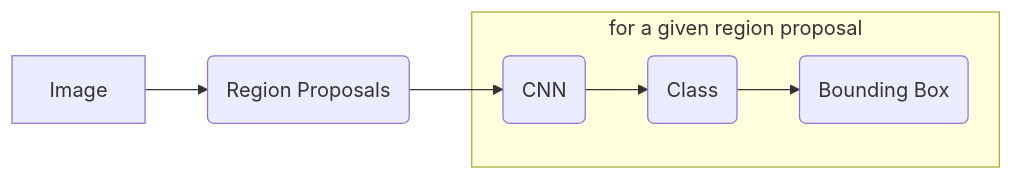
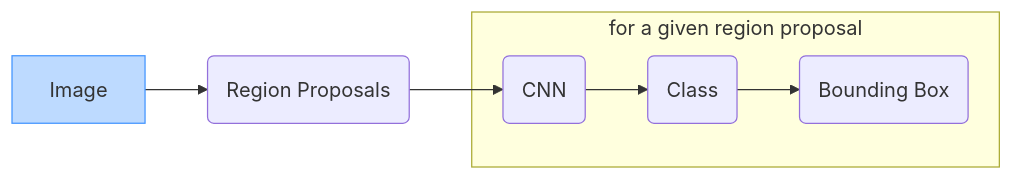
Before and after one commit to rzadp/badminton-monorepo: the diagram in thesis/chapters/podejscie/mask_r-cnn/r-cnn.mmd, drawn with Mermaid. The commit also changed 3 other files, not shown here.

```diff
--- a/thesis/chapters/podejscie/mask_r-cnn/r-cnn.mmd
+++ b/thesis/chapters/podejscie/mask_r-cnn/r-cnn.mmd
@@ -1,21 +1,22 @@
 graph LR
 
 %% ...::: NODES :::...
 
 input[Image]
 region_proposals(Region Proposals)
 cnn(CNN)
 svm_classification(Class)
 bounding_box_improvement(Bounding Box)
 
 %% ...::: STYLING :::...
 
+style input fill:#bddaff,stroke:#4294ff
 
 %% ...::: FLOWS :::...
 
 input-->region_proposals
 region_proposals-->cnn
 subgraph for a given region proposal
   cnn-->svm_classification
   svm_classification-->bounding_box_improvement
 end
```
